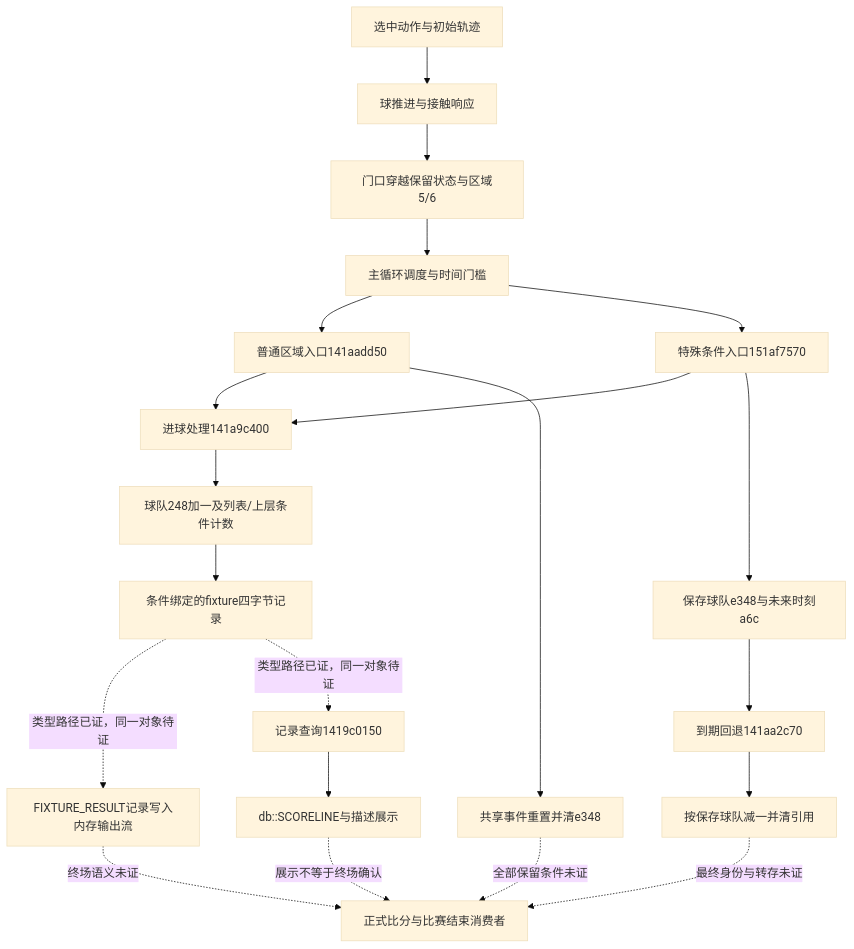
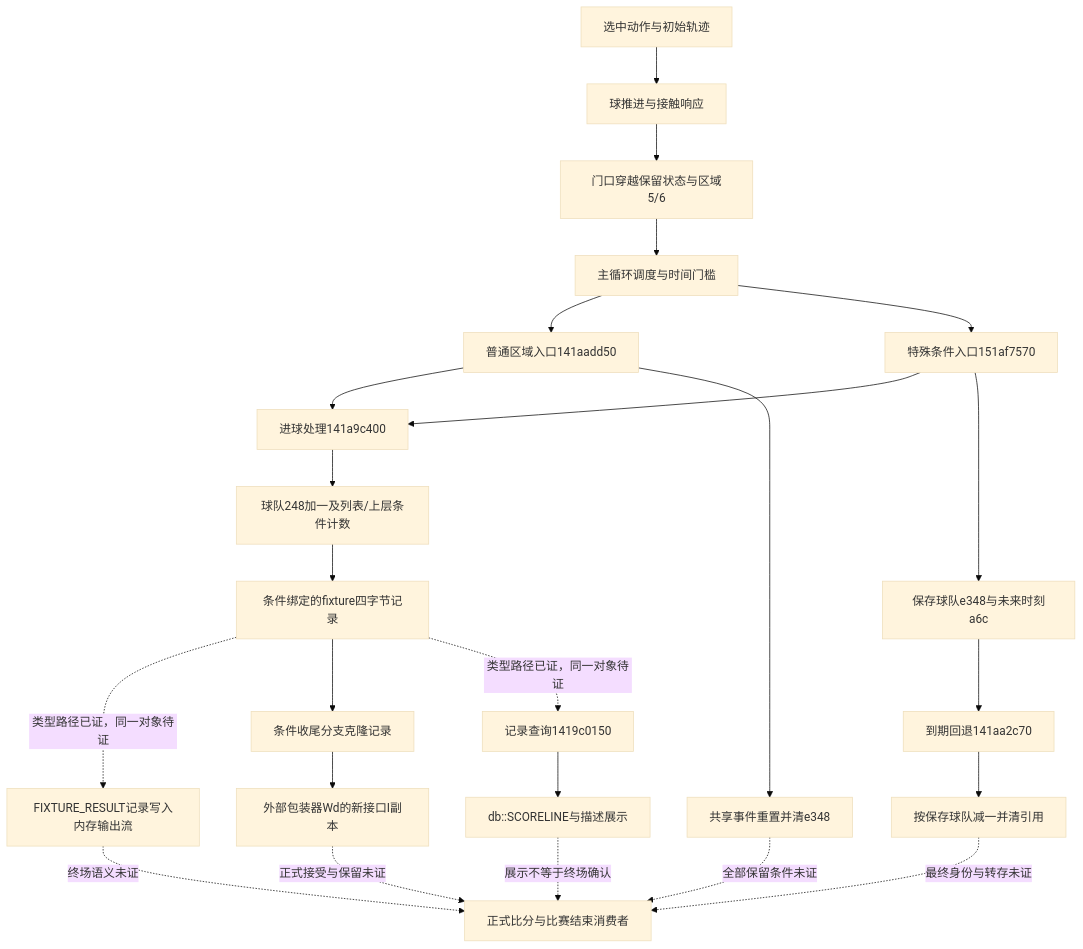
The diagram in RESEARCH_MAP.md (appleface2050/FM24-Engine-Research), drawn with Mermaid (base theme) before and after one commit. The commit also changed other lines of this file and 7 other files, not shown here.

````diff
--- a/RESEARCH_MAP.md
+++ b/RESEARCH_MAP.md
@@ -20,23 +20,26 @@
 ```mermaid
 flowchart TD
     A[选中动作与初始轨迹] --> B[球推进与接触响应]
     B --> C[门口穿越保留状态与区域5/6]
     C --> D[主循环调度与时间门槛]
     D --> E[普通区域入口141aadd50]
     E --> F[进球处理141a9c400]
     F --> G[球队248加一及列表/上层条件计数]
     E --> H[共享事件重置并清e348]
     D --> I[特殊条件入口151af7570]
     I --> F
     I --> J[保存球队e348与未来时刻a6c]
     J --> K[到期回退141aa2c70]
     K --> L[按保存球队减一并清引用]
     G --> N[条件绑定的fixture四字节记录]
     N -. 类型路径已证，同一对象待证 .-> O[FIXTURE_RESULT记录写入内存输出流]
     O -. 终场语义未证 .-> M[正式比分与比赛结束消费者]
+    N --> R[条件收尾分支克隆记录]
+    R --> S[外部包装器Wd的新接口I副本]
+    S -. 正式接受与保留未证 .-> M
     N -. 类型路径已证，同一对象待证 .-> P[记录查询1419c0150]
     P --> Q[db::SCORELINE与描述展示]
     Q -. 展示不等于终场确认 .-> M
     L -. 最终身份与转存未证 .-> M
     H -. 全部保留条件未证 .-> M
 ```
````
